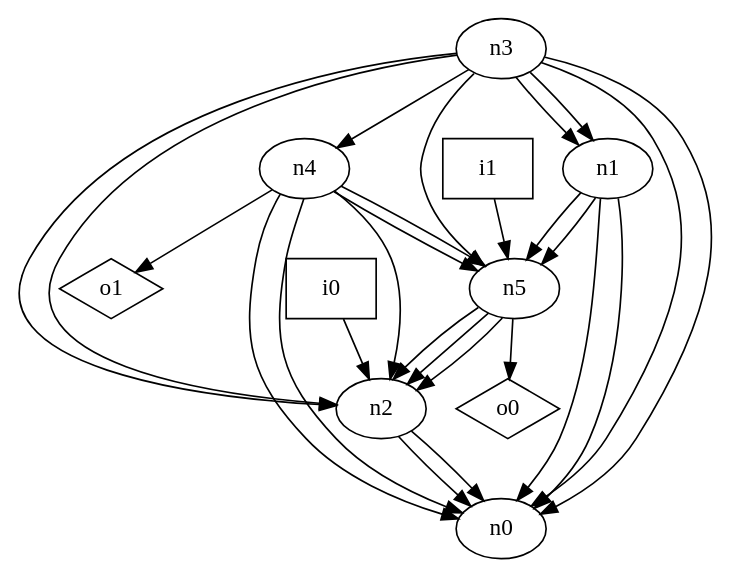
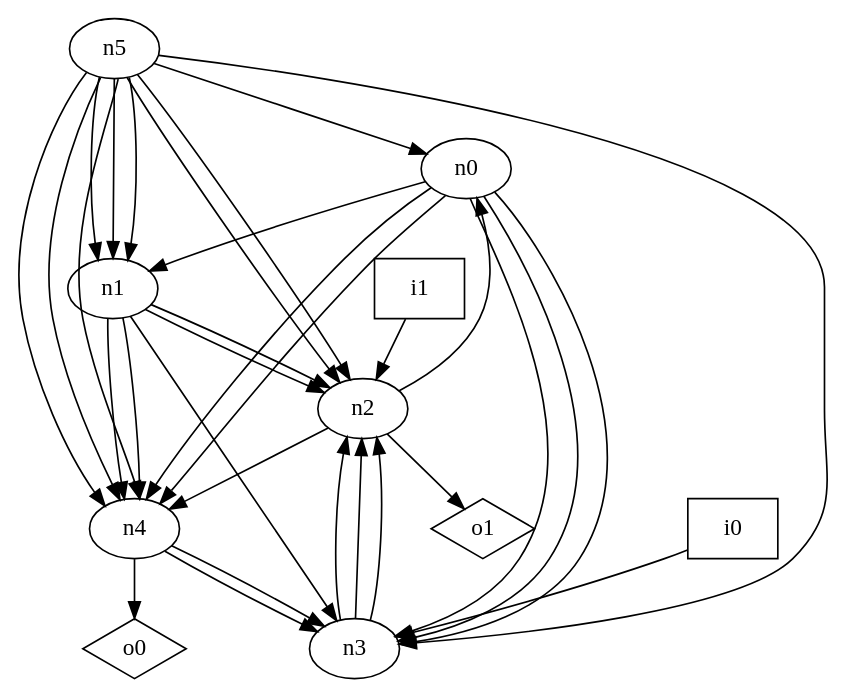
One commit to p9romain/bool-circuits changed the diagram in dot_files/random_graph/oriented_graph.dot. Above: the diagram before and after it, drawn with Graphviz. The commit also changed 73 other files, not shown here.

```diff
--- a/dot_files/random_graph/oriented_graph.dot
+++ b/dot_files/random_graph/oriented_graph.dot
@@ -1,38 +1,44 @@
 digraph G {
 n0 [label="n0"];
 n1 [label="n1"];
 n2 [label="n2"];
 n3 [label="n3"];
 n4 [label="n4"];
 n5 [label="n5"];
 n6 [label="i0",shape="box"];
 n7 [label="i1",shape="box"];
 n8 [label="o0",shape="diamond"];
 n9 [label="o1",shape="diamond"];
-n1 -> n0
-n1 -> n0
-n1 -> n5
-n1 -> n5
+n0 -> n1
+n0 -> n3
+n0 -> n3
+n0 -> n3
+n0 -> n4
+n0 -> n4
+n1 -> n2
+n1 -> n2
+n1 -> n3
+n1 -> n4
+n1 -> n4
 n2 -> n0
-n2 -> n0
-n3 -> n0
-n3 -> n0
-n3 -> n1
-n3 -> n1
+n2 -> n4
+n2 -> n9
 n3 -> n2
 n3 -> n2
-n3 -> n4
-n3 -> n5
-n4 -> n0
-n4 -> n0
-n4 -> n2
-n4 -> n5
-n4 -> n5
-n4 -> n9
+n3 -> n2
+n4 -> n3
+n4 -> n3
+n4 -> n8
+n5 -> n0
+n5 -> n1
+n5 -> n1
+n5 -> n1
 n5 -> n2
 n5 -> n2
-n5 -> n2
-n5 -> n8
-n6 -> n2
-n7 -> n5
+n5 -> n3
+n5 -> n4
+n5 -> n4
+n5 -> n4
+n6 -> n3
+n7 -> n2
 }
```
